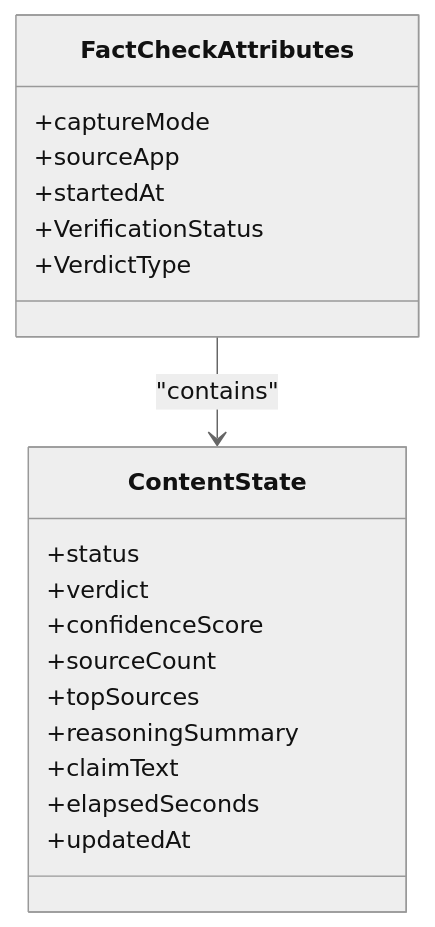
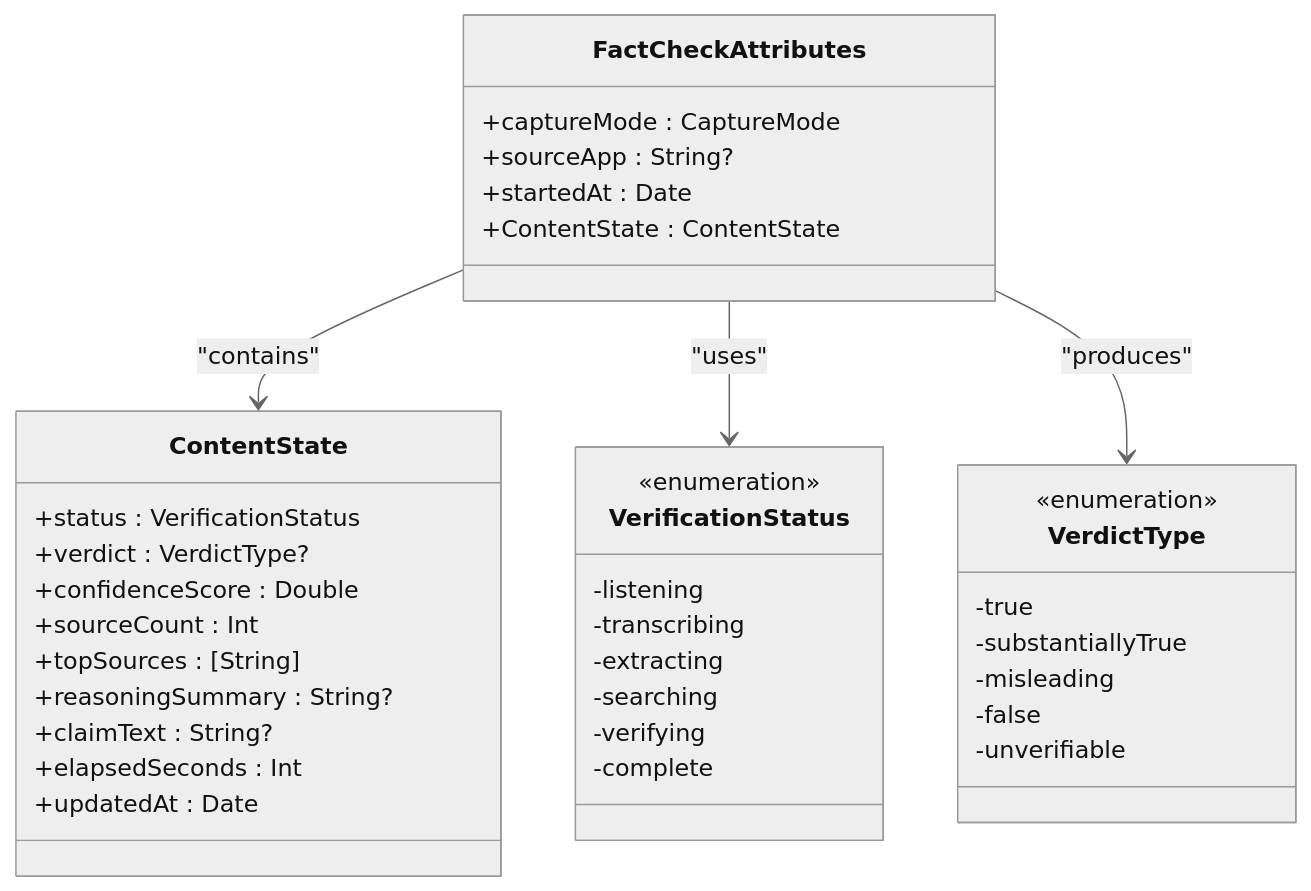
The fourth of 9 diagrams in .qoder/repowiki/en/content/Live Activity Integration/Live Activity Integration.md (alexandreybasta-cyber/factshield-ios), drawn with Mermaid (neutral theme) before and after one commit. The commit also changed other lines of this file and 97 other files, not shown here.

````diff
--- a/.qoder/repowiki/en/content/Live Activity Integration/Live Activity Integration.md
+++ b/.qoder/repowiki/en/content/Live Activity Integration/Live Activity Integration.md
@@ -196,22 +236,40 @@
 ```mermaid
 classDiagram
 class FactCheckAttributes {
-+captureMode
-+sourceApp
-+startedAt
-+VerificationStatus
-+VerdictType
++captureMode : CaptureMode
++sourceApp : String?
++startedAt : Date
++ContentState : ContentState
 }
 class ContentState {
-+status
-+verdict
-+confidenceScore
-+sourceCount
-+topSources
-+reasoningSummary
-+claimText
-+elapsedSeconds
-+updatedAt
++status : VerificationStatus
++verdict : VerdictType?
++confidenceScore : Double
++sourceCount : Int
++topSources : [String]
++reasoningSummary : String?
++claimText : String?
++elapsedSeconds : Int
++updatedAt : Date
+}
+class VerificationStatus {
+<<enumeration>>
+-listening
+-transcribing
+-extracting
+-searching
+-verifying
+-complete
+}
+class VerdictType {
+<<enumeration>>
+-true
+-substantiallyTrue
+-misleading
+-false
+-unverifiable
 }
 FactCheckAttributes --> ContentState : "contains"
+FactCheckAttributes --> VerificationStatus : "uses"
+FactCheckAttributes --> VerdictType : "produces"
 ```
````
